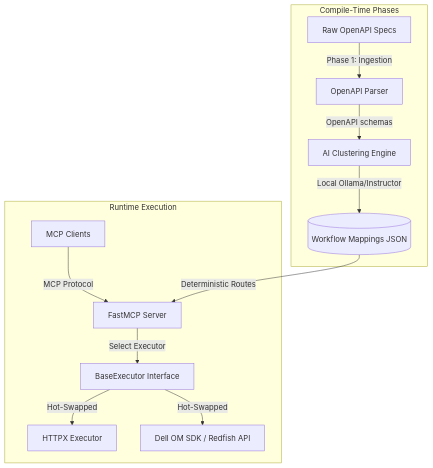
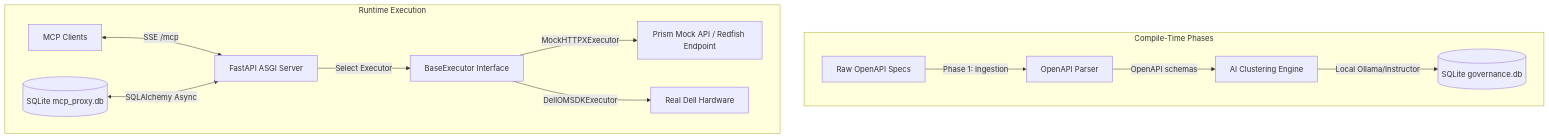
One commit to Surya-5555/drake changed the diagram in README.md. Above: the diagram before and after it, drawn with Mermaid. The commit also changed other lines of this file and 1 other file, not shown here.

Commit message:
refactor: replace static JSON configuration with SQLAlchemy-backed SQLite persistence and add FastAPI support for async workflow management.

````diff
--- a/README.md
+++ b/README.md
@@ -11,15 +11,15 @@
 ```mermaid
 flowchart TD
     subgraph Compile-Time Phases
         A[Raw OpenAPI Specs] -->|Phase 1: Ingestion| B[OpenAPI Parser]
         B -->|OpenAPI schemas| C[AI Clustering Engine]
-        C -->|Local Ollama/Instructor| D[(Workflow Mappings JSON)]
+        C -->|Local Ollama/Instructor| D[(SQLite governance.db)]
     end
     subgraph Runtime Execution
-        E[MCP Clients] -->|MCP Protocol| F[FastMCP Server]
-        D -->|Deterministic Routes| F
-        F -->|Select Executor| G[BaseExecutor Interface]
-        G -->|Hot-Swapped| H[HTTPX Executor]
-        G -->|Hot-Swapped| I[Dell OM SDK / Redfish API]
+        E[MCP Clients] <-->|SSE /mcp| F[FastAPI ASGI Server]
+        G[(SQLite mcp_proxy.db)] <-->|SQLAlchemy Async| F
+        F -->|Select Executor| H[BaseExecutor Interface]
+        H -->|MockHTTPXExecutor| I[Prism Mock API / Redfish Endpoint]
+        H -->|DellOMSDKExecutor| J[Real Dell Hardware]
     end
 ```
````
